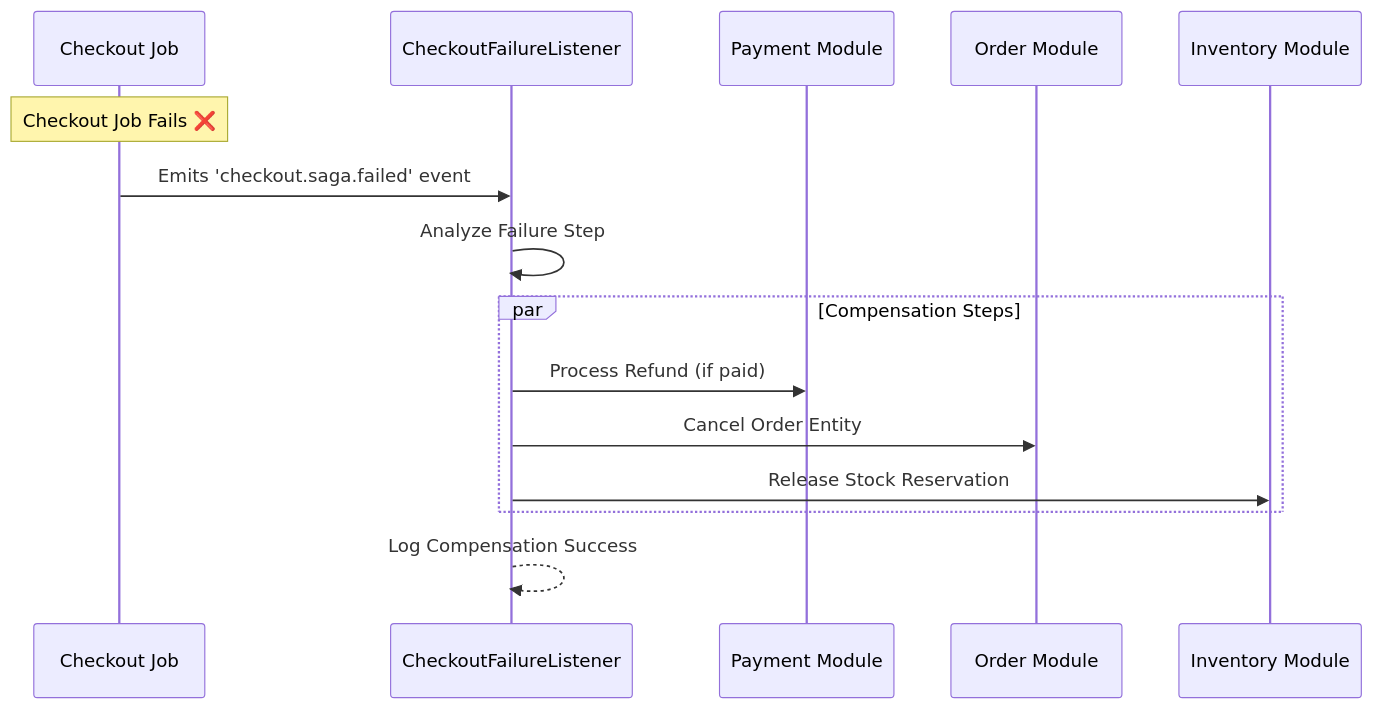
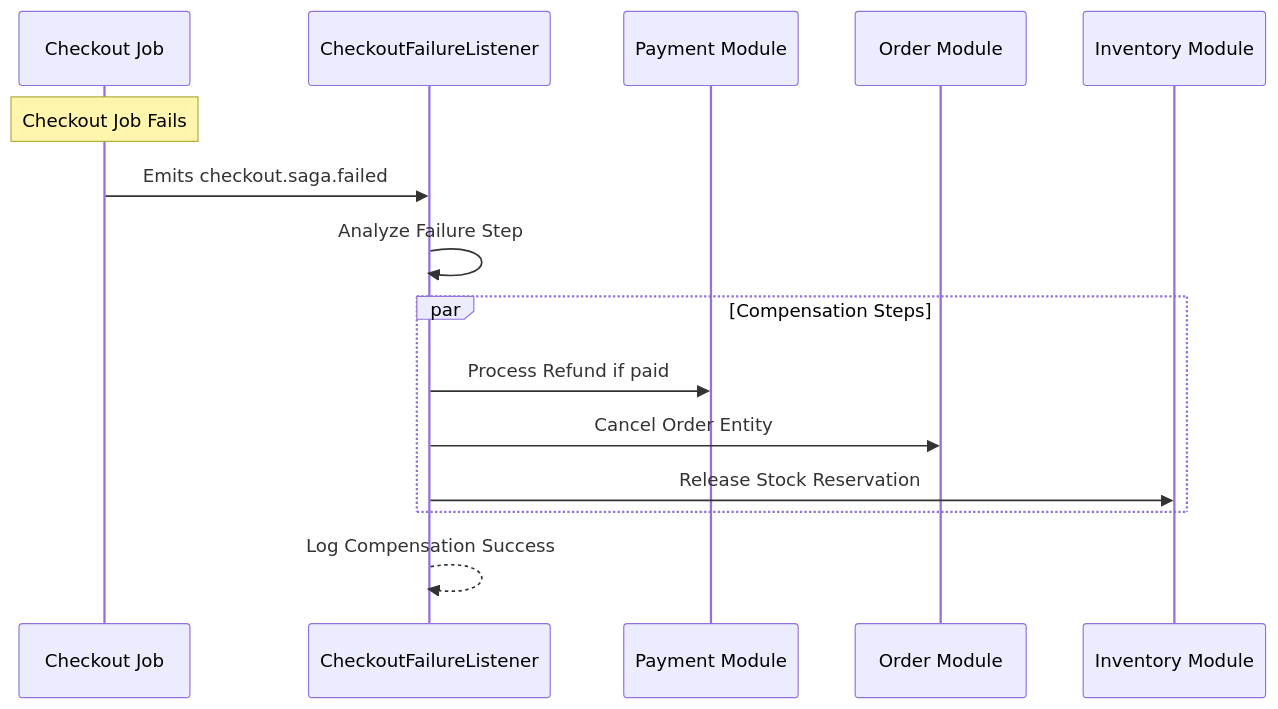
The sixth of 11 diagrams in docs/architecture/ARCHITECTURE.md (raouf-b-dev/ecommerce-store-api), drawn with Mermaid before and after one commit. The commit also changed other lines of this file, not shown here.

First line of the commit message:
Refactor architecture documentation for clarity and consistency

````diff
--- a/docs/architecture/ARCHITECTURE.md
+++ b/docs/architecture/ARCHITECTURE.md
@@ -247,21 +238,21 @@
 ```mermaid
 sequenceDiagram
-    participant Job as Checkout Job
-    participant Listener as CheckoutFailureListener
-    participant Payment as Payment Module
-    participant Order as Order Module
-    participant Inventory as Inventory Module
+ participant Job as Checkout Job
+ participant Listener as CheckoutFailureListener
+ participant Payment as Payment Module
+ participant Order as Order Module
+ participant Inventory as Inventory Module
 
-    Note over Job: Checkout Job Fails ❌
-    Job->>Listener: Emits 'checkout.saga.failed' event
+ Note over Job: Checkout Job Fails
+ Job->>Listener: Emits checkout.saga.failed
 
-    Listener->>Listener: Analyze Failure Step
+ Listener->>Listener: Analyze Failure Step
 
-    par Compensation Steps
-        Listener->>Payment: Process Refund (if paid)
-        Listener->>Order: Cancel Order Entity
-        Listener->>Inventory: Release Stock Reservation
-    end
+ par Compensation Steps
+ Listener->>Payment: Process Refund if paid
+ Listener->>Order: Cancel Order Entity
+ Listener->>Inventory: Release Stock Reservation
+ end
 
-    Listener-->>Listener: Log Compensation Success
+ Listener-->>Listener: Log Compensation Success
 ```
````
